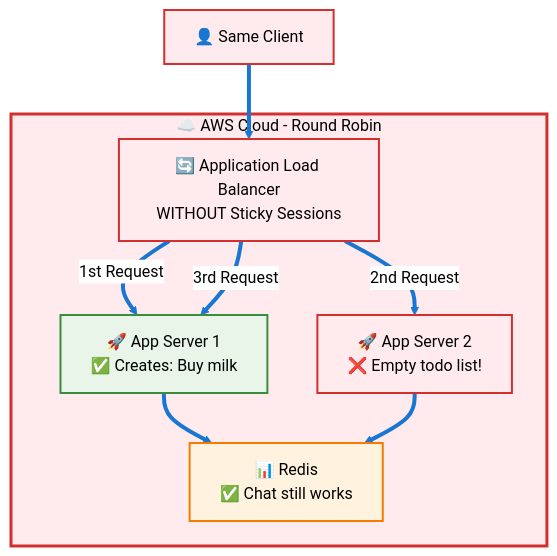
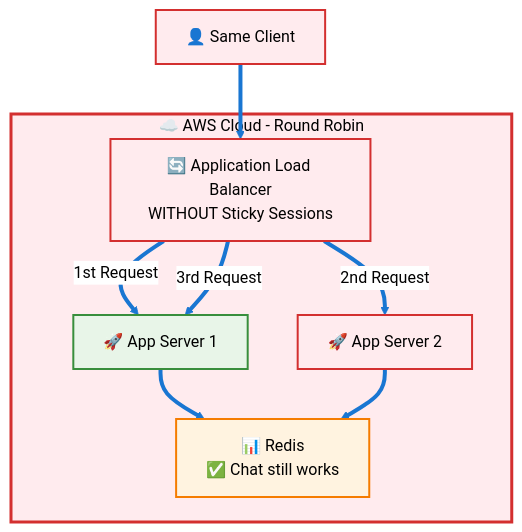
The third of 4 diagrams in README.md (Jilan5/scaling-websocket-with-AWS-ALB), drawn with Mermaid (neutral theme) before and after one commit. The commit also changed other lines of this file, not shown here.

````diff
--- a/README.md
+++ b/README.md
@@ -150,39 +150,39 @@
 ```mermaid
 flowchart TD
     SC[👤 Same Client] --> ALBRR[🔄 Application Load Balancer<br/>WITHOUT Sticky Sessions]
     
-    ALBRR -->|1st Request| AS1[🚀 App Server 1<br/>✅ Creates: Buy milk]
-    ALBRR -->|2nd Request| AS2[🚀 App Server 2<br/>❌ Empty todo list!]
+    ALBRR -->|1st Request| AS1[🚀 App Server 1<br/>]
+    ALBRR -->|2nd Request| AS2[🚀 App Server 2<br/>]
     ALBRR -->|3rd Request| AS1
     
     AS1 --> RR[📊 Redis<br/>✅ Chat still works]
     AS2 --> RR
     
     subgraph AWSRR["☁️ AWS Cloud - Round Robin"]
         ALBRR
         AS1
         AS2
         RR
     end
     
     classDef client fill:#ffebee,stroke:#d32f2f,stroke-width:2px,color:#000
     classDef alb fill:#ffebee,stroke:#d32f2f,stroke-width:2px,color:#000
     classDef server1 fill:#e8f5e8,stroke:#388e3c,stroke-width:2px,color:#000
     classDef server2 fill:#ffebee,stroke:#d32f2f,stroke-width:2px,color:#000
     classDef redis fill:#fff3e0,stroke:#f57c00,stroke-width:2px,color:#000
     classDef aws fill:#ffebee,stroke:#d32f2f,stroke-width:3px,color:#000
     
     class SC client
     class ALBRR alb
     class AS1 server1
     class AS2 server2
     class RR redis
     class AWSRR aws
     
     linkStyle 0 stroke:#1976d2,stroke-width:4px
     linkStyle 1 stroke:#1976d2,stroke-width:4px
     linkStyle 2 stroke:#1976d2,stroke-width:4px
     linkStyle 3 stroke:#1976d2,stroke-width:4px
     linkStyle 4 stroke:#1976d2,stroke-width:4px
     linkStyle 5 stroke:#1976d2,stroke-width:4px
 ```
````
